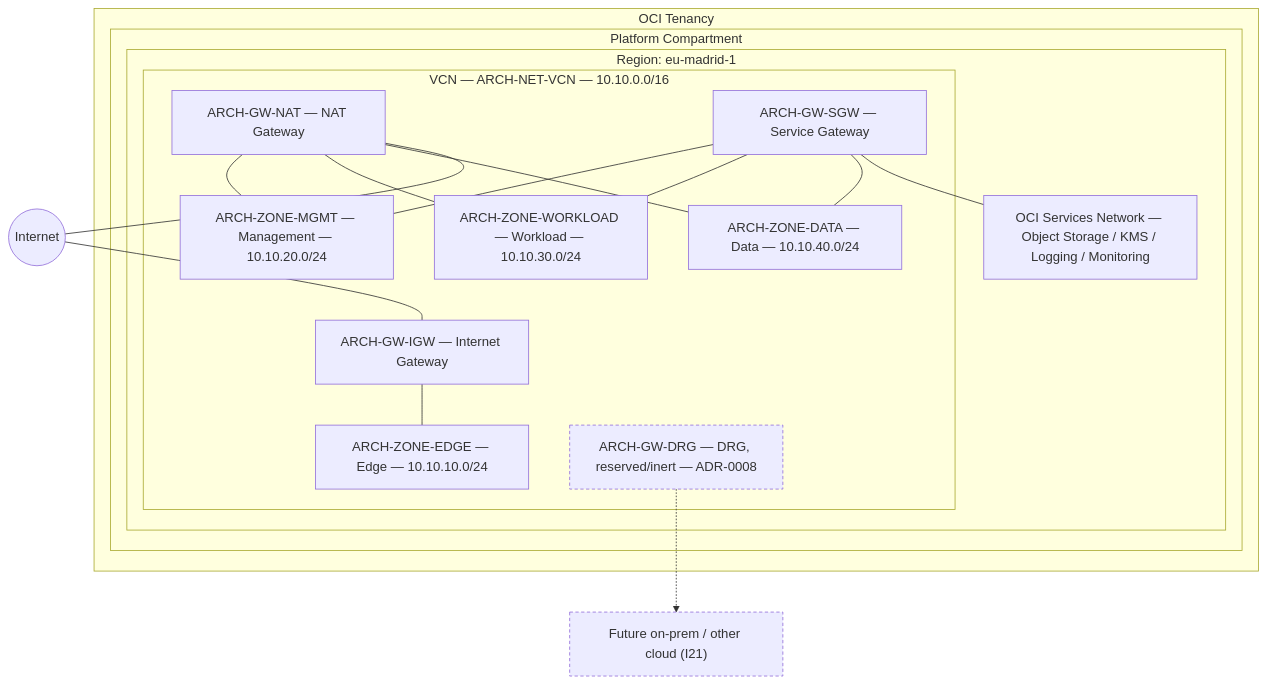
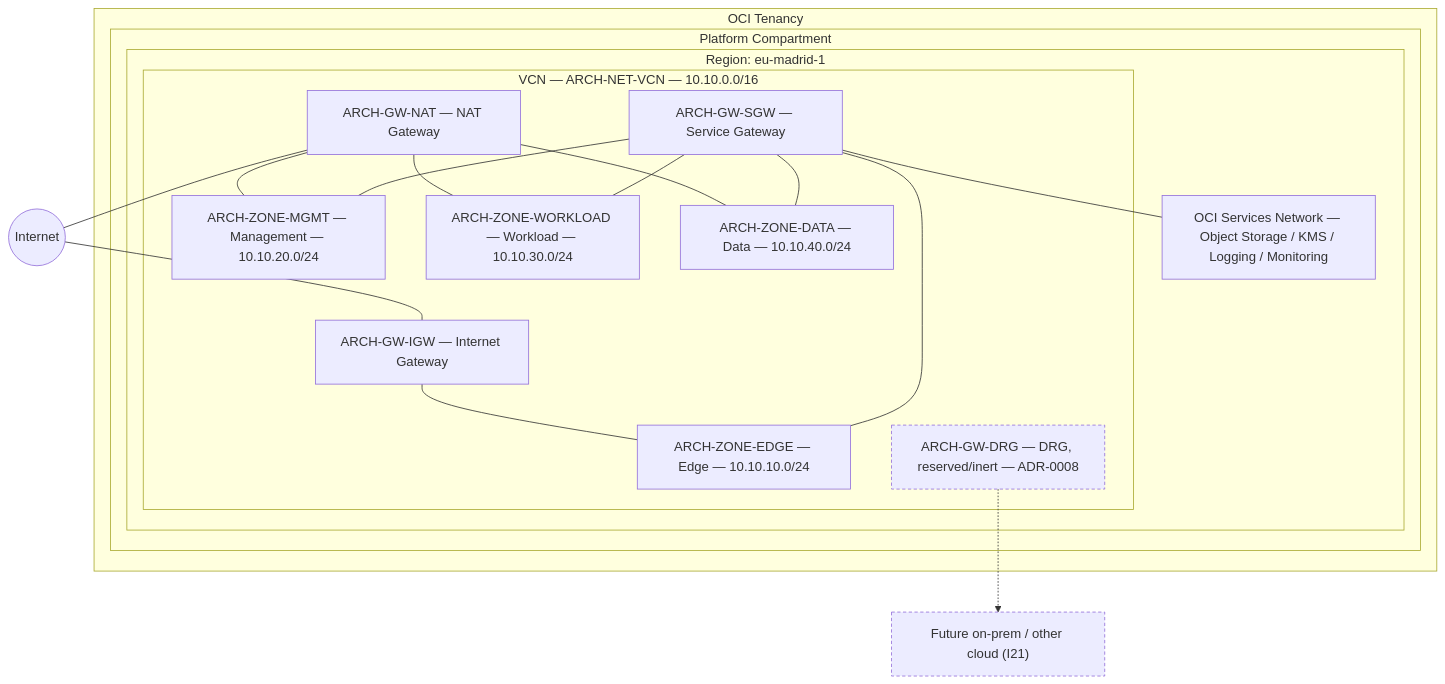
Before and after one commit to guillermolam/oracle-free-tier-platform: the diagram in docs/01-architecture/network/network-overview.mmd, drawn with Mermaid. The commit also changed 5 other files, not shown here.

```diff
--- a/docs/01-architecture/network/network-overview.mmd
+++ b/docs/01-architecture/network/network-overview.mmd
@@ -1,40 +1,41 @@
-%% VIEW-NET-OVERVIEW — L1/L2 OCI Network Overview
+%% VIEW-NET-OVERVIEW — L2 OCI Network Overview
 %% Question: how is the VCN segmented, without Kubernetes/platform noise?
 %% Governing: SPEC-OCI-001, SPEC-NET-001, SPEC-NET-002, ADR-0006, ADR-0008
 %% Out of scope: explicit route-table objects (see routing.mmd)
 flowchart TB
   INTERNET(("Internet"))
   FUTURE_HYBRID["Future on-prem / other cloud (I21)"]
 
   subgraph TENANCY["OCI Tenancy"]
     subgraph COMPARTMENT["Platform Compartment"]
       subgraph REGION["Region: eu-madrid-1"]
         subgraph VCN["VCN — ARCH-NET-VCN — 10.10.0.0/16"]
           EDGE["ARCH-ZONE-EDGE — Edge — 10.10.10.0/24"]
           MGMT["ARCH-ZONE-MGMT — Management — 10.10.20.0/24"]
           WORKLOAD["ARCH-ZONE-WORKLOAD — Workload — 10.10.30.0/24"]
           DATA["ARCH-ZONE-DATA — Data — 10.10.40.0/24"]
           IGW["ARCH-GW-IGW — Internet Gateway"]
           NAT["ARCH-GW-NAT — NAT Gateway"]
           SGW["ARCH-GW-SGW — Service Gateway"]
           DRG["ARCH-GW-DRG — DRG, reserved/inert — ADR-0008"]
         end
         SVC["OCI Services Network — Object Storage / KMS / Logging / Monitoring"]
       end
     end
   end
 
   INTERNET --- IGW
   IGW --- EDGE
   NAT --- MGMT
   NAT --- WORKLOAD
   NAT --- DATA
   NAT --- INTERNET
+  SGW --- EDGE
   SGW --- MGMT
   SGW --- WORKLOAD
   SGW --- DATA
   SGW --- SVC
   DRG -.-> FUTURE_HYBRID
 
   classDef reserved stroke-dasharray: 4 3;
   class DRG,FUTURE_HYBRID reserved;
```
